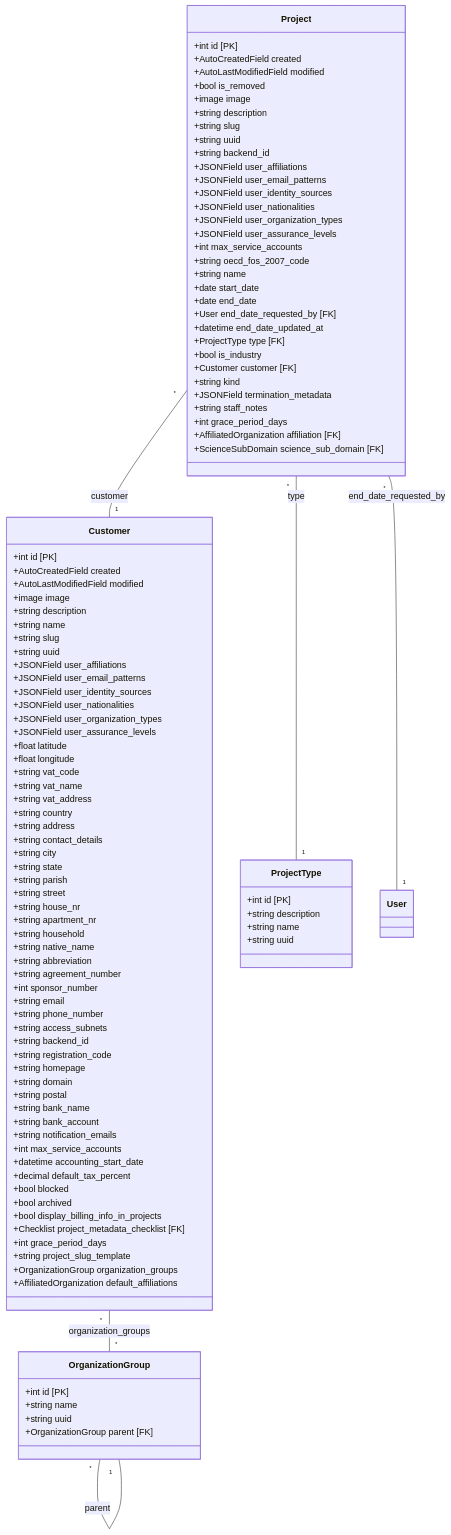
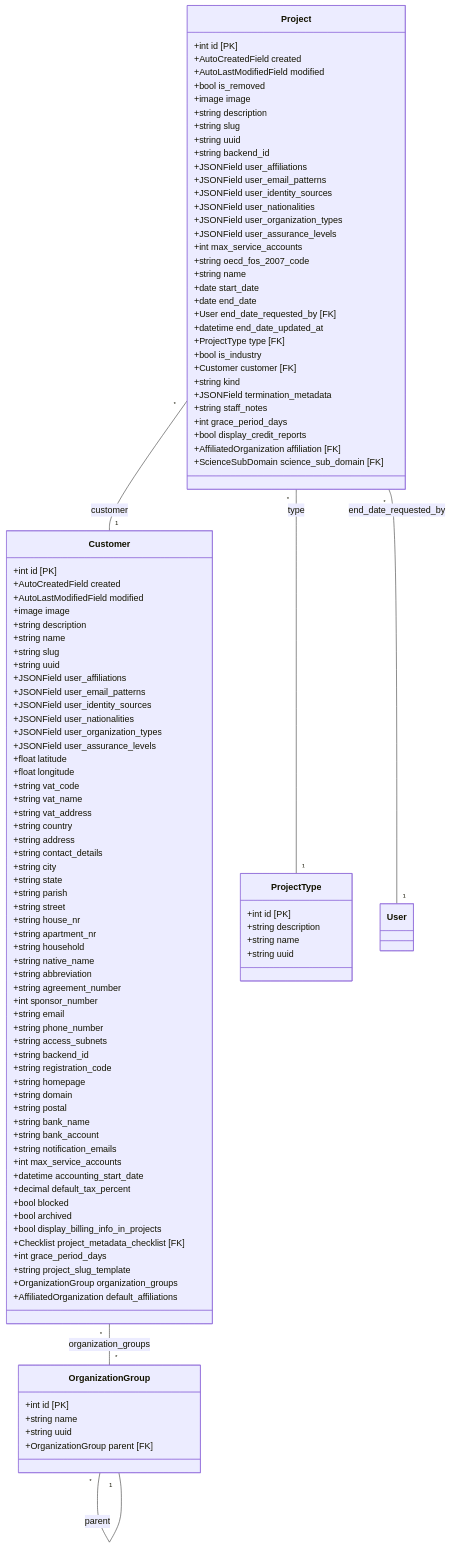
Before and after one commit to waldur/waldur-mastermind: the diagram in docs/core_structure.mmd, drawn with Mermaid.

Commit message:
Update configuration, CLI and developer guide

```diff
--- a/docs/core_structure.mmd
+++ b/docs/core_structure.mmd
@@ -1,109 +1,110 @@
 classDiagram
     direction TB
     class OrganizationGroup {
         +int id [PK]
         +string name
         +string uuid
         +OrganizationGroup parent [FK]
     }
     class Customer {
         +int id [PK]
         +AutoCreatedField created
         +AutoLastModifiedField modified
         +image image
         +string description
         +string name
         +string slug
         +string uuid
         +JSONField user_affiliations
         +JSONField user_email_patterns
         +JSONField user_identity_sources
         +JSONField user_nationalities
         +JSONField user_organization_types
         +JSONField user_assurance_levels
         +float latitude
         +float longitude
         +string vat_code
         +string vat_name
         +string vat_address
         +string country
         +string address
         +string contact_details
         +string city
         +string state
         +string parish
         +string street
         +string house_nr
         +string apartment_nr
         +string household
         +string native_name
         +string abbreviation
         +string agreement_number
         +int sponsor_number
         +string email
         +string phone_number
         +string access_subnets
         +string backend_id
         +string registration_code
         +string homepage
         +string domain
         +string postal
         +string bank_name
         +string bank_account
         +string notification_emails
         +int max_service_accounts
         +datetime accounting_start_date
         +decimal default_tax_percent
         +bool blocked
         +bool archived
         +bool display_billing_info_in_projects
         +Checklist project_metadata_checklist [FK]
         +int grace_period_days
         +string project_slug_template
         +OrganizationGroup organization_groups
         +AffiliatedOrganization default_affiliations
     }
     class ProjectType {
         +int id [PK]
         +string description
         +string name
         +string uuid
     }
     class Project {
         +int id [PK]
         +AutoCreatedField created
         +AutoLastModifiedField modified
         +bool is_removed
         +image image
         +string description
         +string slug
         +string uuid
         +string backend_id
         +JSONField user_affiliations
         +JSONField user_email_patterns
         +JSONField user_identity_sources
         +JSONField user_nationalities
         +JSONField user_organization_types
         +JSONField user_assurance_levels
         +int max_service_accounts
         +string oecd_fos_2007_code
         +string name
         +date start_date
         +date end_date
         +User end_date_requested_by [FK]
         +datetime end_date_updated_at
         +ProjectType type [FK]
         +bool is_industry
         +Customer customer [FK]
         +string kind
         +JSONField termination_metadata
         +string staff_notes
         +int grace_period_days
+        +bool display_credit_reports
         +AffiliatedOrganization affiliation [FK]
         +ScienceSubDomain science_sub_domain [FK]
     }
     Customer "*" -- "*" OrganizationGroup : organization_groups
     OrganizationGroup "*" -- "1" OrganizationGroup : parent
     Project "*" -- "1" Customer : customer
     Project "*" -- "1" ProjectType : type
     Project "*" -- "1" User : end_date_requested_by
```
